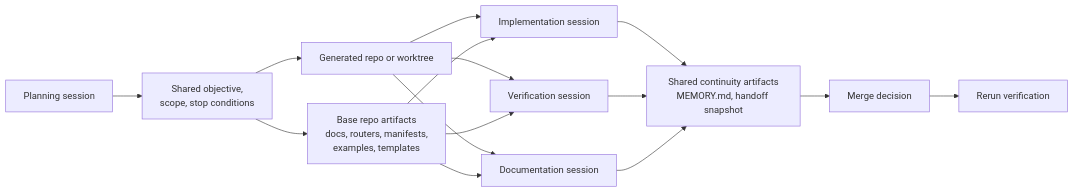
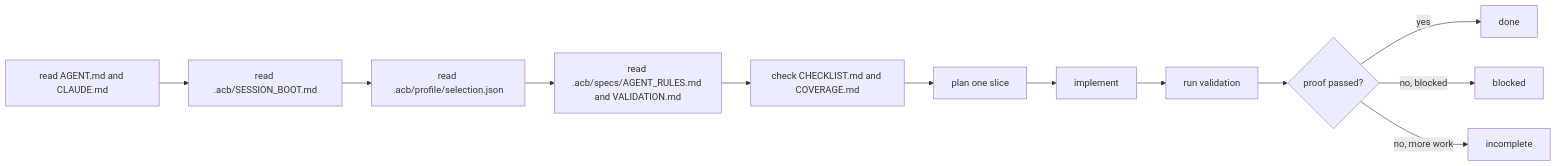
The third of 4 diagrams in docs/ARCHITECTURE_MAP.md (someflydev/agent-context-base), drawn with Mermaid before and after one commit. The commit also changed other lines of this file and 12 other files, not shown here.

Commit message:
[PROMPT_88] Rewrite docs around .acb startup and verification

````diff
--- a/docs/ARCHITECTURE_MAP.md
+++ b/docs/ARCHITECTURE_MAP.md
@@ -149,21 +54,14 @@
 ```mermaid
 flowchart LR
-    A[Planning session] --> B[Shared objective,<br/>scope, stop conditions]
-    B --> C[Base repo artifacts<br/>docs, routers, manifests,<br/>examples, templates]
-    B --> D[Generated repo or worktree]
-
-    D --> E[Implementation session]
-    D --> F[Verification session]
-    D --> G[Documentation session]
-
-    C --> E
-    C --> F
-    C --> G
-
-    E --> H[Shared continuity artifacts<br/>MEMORY.md, handoff snapshot]
-    F --> H
-    G --> H
-
-    H --> I[Merge decision]
-    I --> J[Rerun verification]
+    A[read AGENT.md and CLAUDE.md] --> B[read .acb/SESSION_BOOT.md]
+    B --> C[read .acb/profile/selection.json]
+    C --> D[read .acb/specs/AGENT_RULES.md and VALIDATION.md]
+    D --> E[check CHECKLIST.md and COVERAGE.md]
+    E --> F[plan one slice]
+    F --> G[implement]
+    G --> H[run validation]
+    H --> I{proof passed?}
+    I -->|yes| J[done]
+    I -->|no, blocked| K[blocked]
+    I -->|no, more work| L[incomplete]
 ```
````
